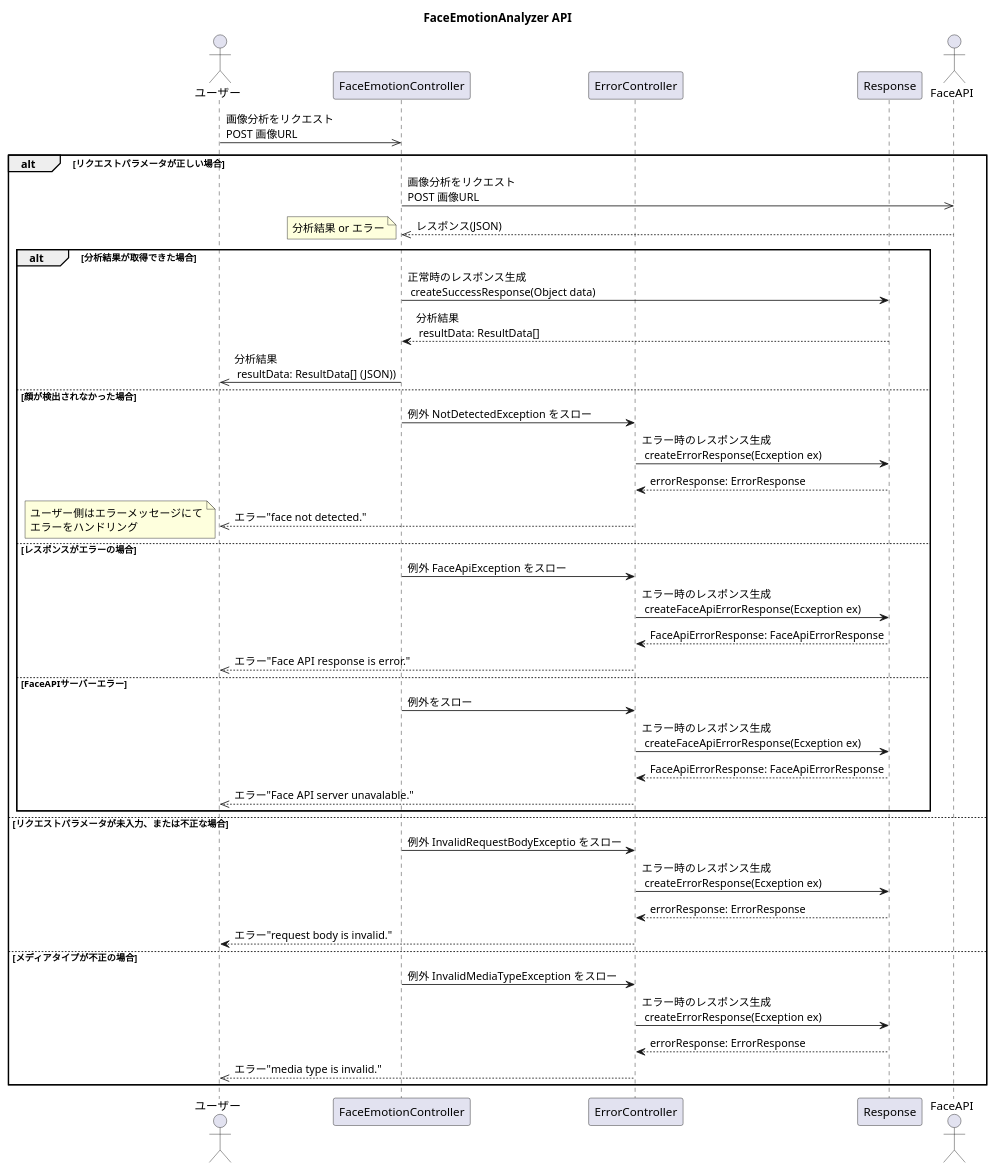
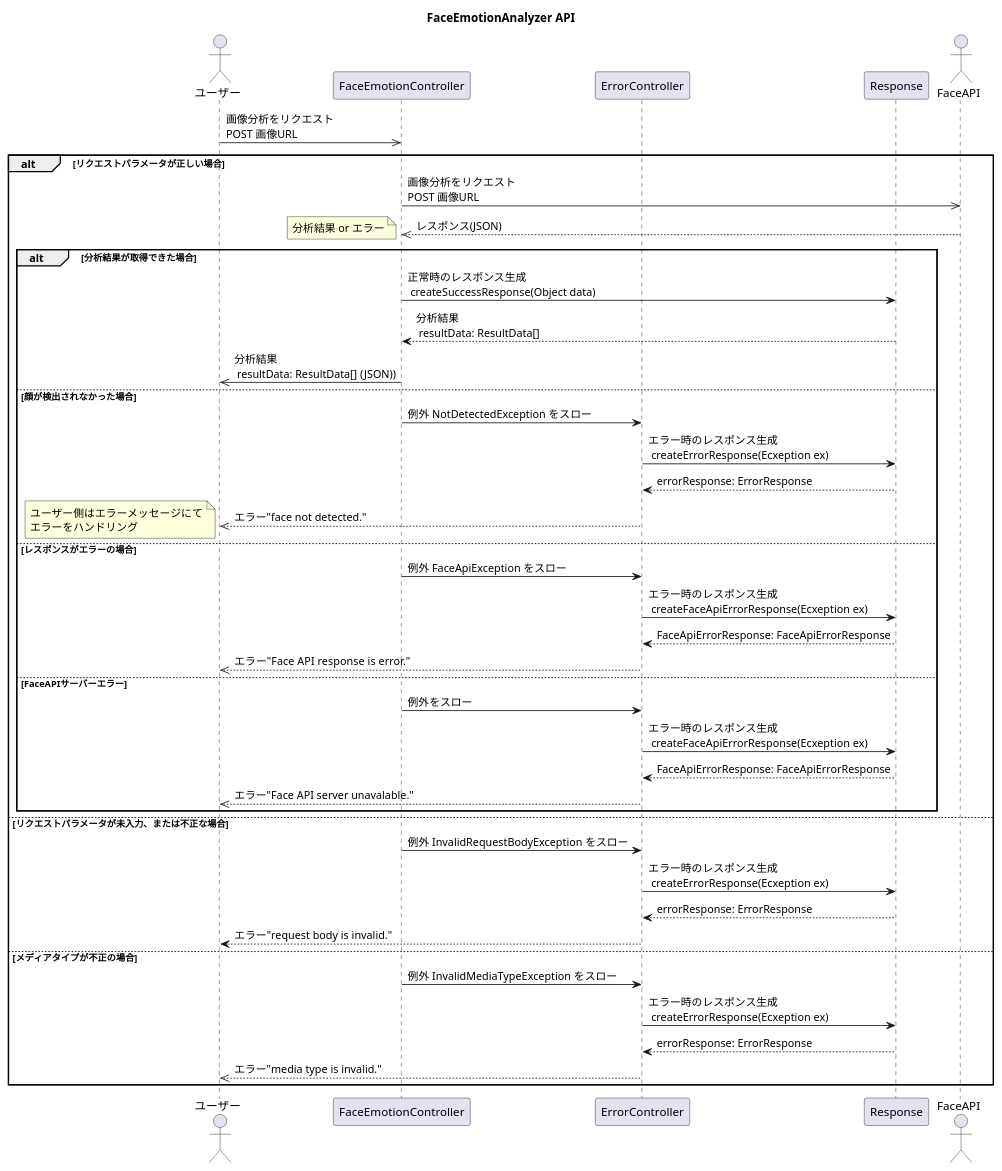
Before and after one commit to nishikawa1114/FaceEmotionSystem: the diagram in doc/uml/seqDaigApi.pu, drawn with PlantUML. The commit also changed 5 other files, not shown here.

```diff
--- a/doc/uml/seqDaigApi.pu
+++ b/doc/uml/seqDaigApi.pu
@@ -1,55 +1,55 @@
 @startuml
 title FaceEmotionAnalyzer API
 
 actor ユーザー
 participant FaceEmotionController
 participant ErrorController
 participant Response
 actor FaceAPI
 
 ユーザー ->> FaceEmotionController: 画像分析をリクエスト\nPOST 画像URL
 
 
 alt リクエストパラメータが正しい場合
     FaceEmotionController ->> FaceAPI: 画像分析をリクエスト\nPOST 画像URL
     FaceEmotionController <<-- FaceAPI: レスポンス(JSON)
     note left: 分析結果 or エラー
 
     alt 分析結果が取得できた場合
         FaceEmotionController -> Response: 正常時のレスポンス生成\n createSuccessResponse(Object data)
         FaceEmotionController <-- Response: 分析結果\n resultData: ResultData[]
         ユーザー <<- FaceEmotionController: 分析結果\n resultData: ResultData[] (JSON))
     else 顔が検出されなかった場合
         FaceEmotionController -> ErrorController: 例外 NotDetectedException をスロー
         ErrorController -> Response: エラー時のレスポンス生成\n createErrorResponse(Ecxeption ex)
         ErrorController <-- Response: errorResponse: ErrorResponse
         ユーザー <<-- ErrorController: エラー"face not detected."
         note left : ユーザー側はエラーメッセージにて\nエラーをハンドリング
     else レスポンスがエラーの場合
         FaceEmotionController -> ErrorController: 例外 FaceApiException をスロー
         ErrorController -> Response: エラー時のレスポンス生成\n createFaceApiErrorResponse(Ecxeption ex)
         ErrorController <-- Response: FaceApiErrorResponse: FaceApiErrorResponse
         ユーザー <<-- ErrorController: エラー"Face API response is error."
     else FaceAPIサーバーエラー
         FaceEmotionController -> ErrorController: 例外をスロー
         ErrorController -> Response: エラー時のレスポンス生成\n createFaceApiErrorResponse(Ecxeption ex)
         ErrorController <-- Response: FaceApiErrorResponse: FaceApiErrorResponse
         ユーザー <<-- ErrorController: エラー"Face API server unavalable."
     end
 
 
 else リクエストパラメータが未入力、または不正な場合
-    FaceEmotionController -> ErrorController: 例外 InvalidRequestBodyExceptio をスロー
+    FaceEmotionController -> ErrorController: 例外 InvalidRequestBodyException をスロー
     ErrorController -> Response: エラー時のレスポンス生成\n createErrorResponse(Ecxeption ex)
     ErrorController <-- Response: errorResponse: ErrorResponse
     ユーザー <-- ErrorController: エラー"request body is invalid."
 
 else メディアタイプが不正の場合
     FaceEmotionController -> ErrorController: 例外 InvalidMediaTypeException をスロー
     ErrorController -> Response: エラー時のレスポンス生成\n createErrorResponse(Ecxeption ex)
     ErrorController <-- Response: errorResponse: ErrorResponse
     ユーザー <<-- ErrorController: エラー"media type is invalid."
 
 end
 
 @enduml
```
